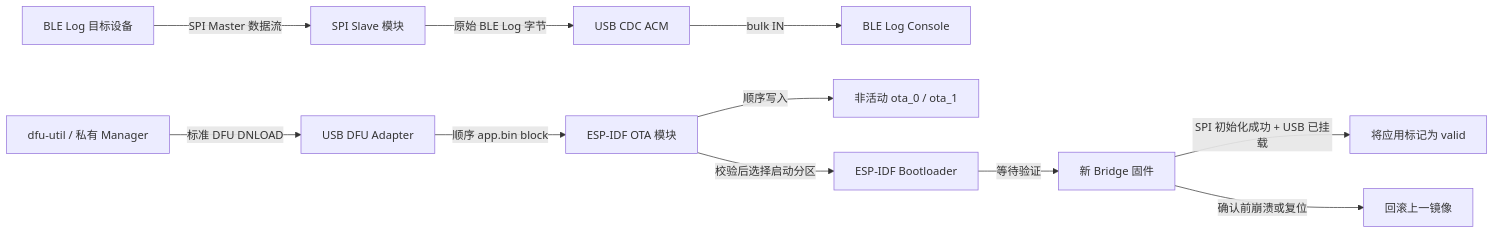
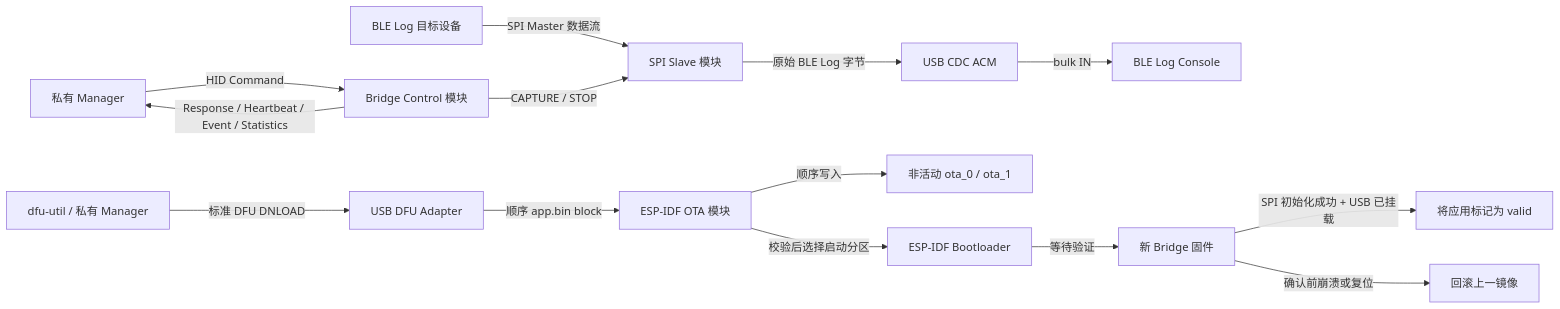
The first of 3 diagrams in components/ble_log_bridge_firmware/DESIGN.md (espressif/esp-ble-tools), drawn with Mermaid before and after one commit. The commit also changed other lines of this file and 20 other files, not shown here.

````diff
--- a/components/ble_log_bridge_firmware/DESIGN.md
+++ b/components/ble_log_bridge_firmware/DESIGN.md
@@ -66,14 +74,18 @@
 ```mermaid
 flowchart LR
     Target[BLE Log 目标设备] -->|SPI Master 数据流| SPI[SPI Slave 模块]
     SPI -->|原始 BLE Log 字节| CDC[USB CDC ACM]
     CDC -->|bulk IN| Console[BLE Log Console]
+
+    Manager[私有 Manager] -->|HID Command| Control[Bridge Control 模块]
+    Control -->|CAPTURE / STOP| SPI
+    Control -->|Response / Heartbeat / Event / Statistics| Manager
 
     DFUUtil[dfu-util / 私有 Manager] -->|标准 DFU DNLOAD| DFU[USB DFU Adapter]
     DFU -->|顺序 app.bin block| OTA[ESP-IDF OTA 模块]
     OTA -->|顺序写入| Inactive[非活动 ota_0 / ota_1]
     OTA -->|校验后选择启动分区| Boot[ESP-IDF Bootloader]
     Boot -->|等待验证| NewApp[新 Bridge 固件]
     NewApp -->|SPI 初始化成功 + USB 已挂载| Valid[将应用标记为 valid]
     NewApp -->|确认前崩溃或复位| Rollback[回滚上一镜像]
 ```
````
